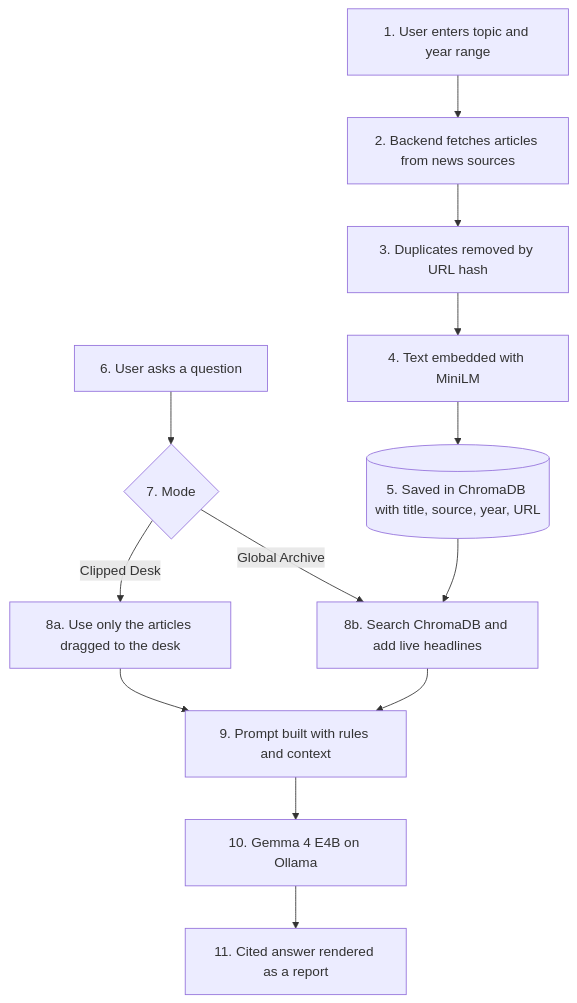
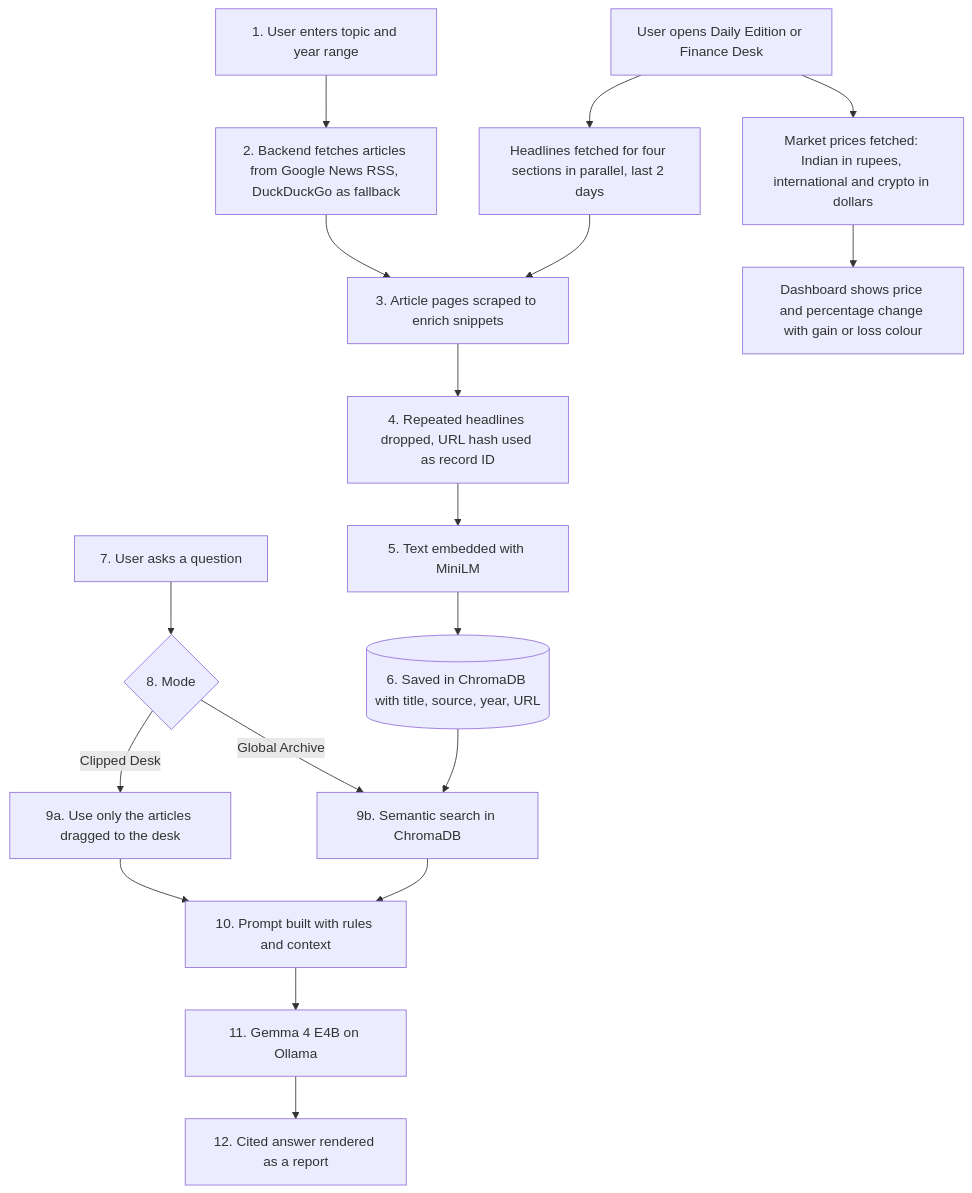
Before and after one commit to Mahivardhan21/hacktoberfest2026byteamBYTE_ME: the second of 3 diagrams in README.md, drawn with Mermaid. The commit also changed other lines of this file, not shown here.

First line of the commit message:
Revise README with updated architecture and data flow

````diff
--- a/README.md
+++ b/README.md
@@ -227,16 +248,22 @@
 ```mermaid
 flowchart TD
-    A["1. User enters topic and year range"] --> B["2. Backend fetches articles from news sources"]
-    B --> C["3. Duplicates removed by URL hash"]
-    C --> D["4. Text embedded with MiniLM"]
-    D --> E[("5. Saved in ChromaDB with title, source, year, URL")]
+    A["1. User enters topic and year range"] --> B["2. Backend fetches articles from Google News RSS, DuckDuckGo as fallback"]
+    B --> B2["3. Article pages scraped to enrich snippets"]
+    B2 --> C["4. Repeated headlines dropped, URL hash used as record ID"]
+    C --> D["5. Text embedded with MiniLM"]
+    D --> E[("6. Saved in ChromaDB with title, source, year, URL")]
 
-    F["6. User asks a question"] --> G{"7. Mode"}
-    G -->|Clipped Desk| H["8a. Use only the articles dragged to the desk"]
-    G -->|Global Archive| I["8b. Search ChromaDB and add live headlines"]
+    F["7. User asks a question"] --> G{"8. Mode"}
+    G -->|Clipped Desk| H["9a. Use only the articles dragged to the desk"]
+    G -->|Global Archive| I["9b. Semantic search in ChromaDB"]
     E --> I
-    H --> J["9. Prompt built with rules and context"]
+    H --> J["10. Prompt built with rules and context"]
     I --> J
-    J --> K["10. Gemma 4 E4B on Ollama"]
-    K --> L["11. Cited answer rendered as a report"]
+    J --> K["11. Gemma 4 E4B on Ollama"]
+    K --> L["12. Cited answer rendered as a report"]
+
+    M["User opens Daily Edition or Finance Desk"] --> N["Headlines fetched for four sections in parallel, last 2 days"]
+    N --> B2
+    M --> P["Market prices fetched: Indian in rupees, international and crypto in dollars"]
+    P --> Q["Dashboard shows price and percentage change with gain or loss colour"]
 ```
````
